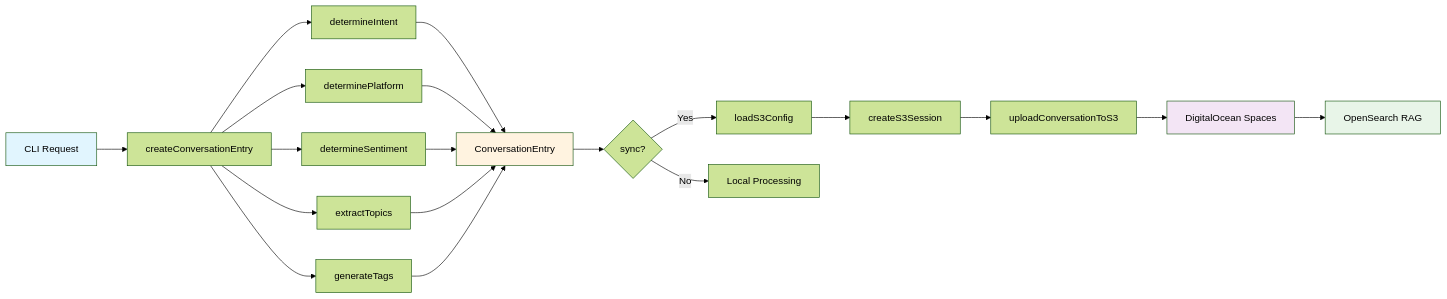
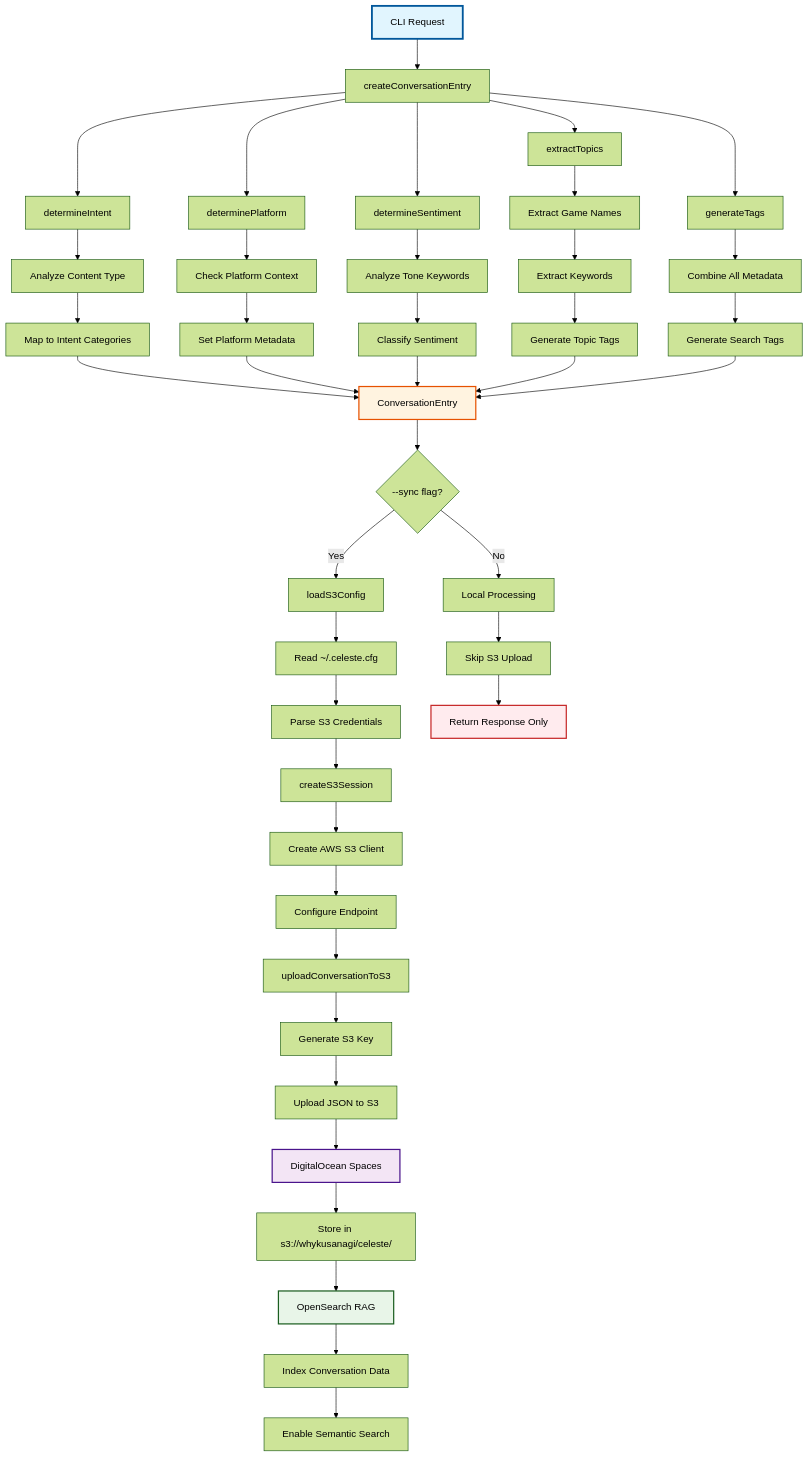
One commit to whykusanagi/celesteCLI changed the second of 5 diagrams in README.md. Above: the diagram before and after it, drawn with Mermaid (forest theme). The commit also changed other lines of this file, not shown here.

First line of the commit message:
Enhance Mermaid diagrams with detailed function calls

````diff
--- a/README.md
+++ b/README.md
@@ -190,29 +215,56 @@
 ```mermaid
-graph LR
+graph TD
     A[CLI Request] --> B[createConversationEntry]
     B --> C[determineIntent]
     B --> D[determinePlatform]
     B --> E[determineSentiment]
     B --> F[extractTopics]
     B --> G[generateTags]
     
-    C --> H[ConversationEntry]
-    D --> H
-    E --> H
-    F --> H
-    G --> H
+    C --> C1[Analyze Content Type]
+    C1 --> C2[Map to Intent Categories]
+    C2 --> H[ConversationEntry]
     
-    H --> I{sync?}
+    D --> D1[Check Platform Context]
+    D1 --> D2[Set Platform Metadata]
+    D2 --> H
+    
+    E --> E1[Analyze Tone Keywords]
+    E1 --> E2[Classify Sentiment]
+    E2 --> H
+    
+    F --> F1[Extract Game Names]
+    F1 --> F2[Extract Keywords]
+    F2 --> F3[Generate Topic Tags]
+    F3 --> H
+    
+    G --> G1[Combine All Metadata]
+    G1 --> G2[Generate Search Tags]
+    G2 --> H
+    
+    H --> I{--sync flag?}
     I -->|Yes| J[loadS3Config]
-    J --> K[createS3Session]
-    K --> L[uploadConversationToS3]
-    L --> M[DigitalOcean Spaces]
-    M --> N[OpenSearch RAG]
+    J --> J1[Read ~/.celeste.cfg]
+    J1 --> J2[Parse S3 Credentials]
+    J2 --> K[createS3Session]
+    K --> K1[Create AWS S3 Client]
+    K1 --> K2[Configure Endpoint]
+    K2 --> L[uploadConversationToS3]
+    L --> L1[Generate S3 Key]
+    L1 --> L2[Upload JSON to S3]
+    L2 --> M[DigitalOcean Spaces]
+    M --> M1[Store in s3://whykusanagi/celeste/]
+    M1 --> N[OpenSearch RAG]
+    N --> N1[Index Conversation Data]
+    N1 --> N2[Enable Semantic Search]
     
     I -->|No| O[Local Processing]
+    O --> O1[Skip S3 Upload]
+    O1 --> O2[Return Response Only]
     
-    style A fill:#e1f5fe
-    style H fill:#fff3e0
-    style M fill:#f3e5f5
-    style N fill:#e8f5e8
+    style A fill:#e1f5fe,stroke:#01579b,stroke-width:3px
+    style H fill:#fff3e0,stroke:#e65100,stroke-width:2px
+    style M fill:#f3e5f5,stroke:#4a148c,stroke-width:2px
+    style N fill:#e8f5e8,stroke:#1b5e20,stroke-width:2px
+    style O2 fill:#ffebee,stroke:#c62828,stroke-width:2px
 ```
````
